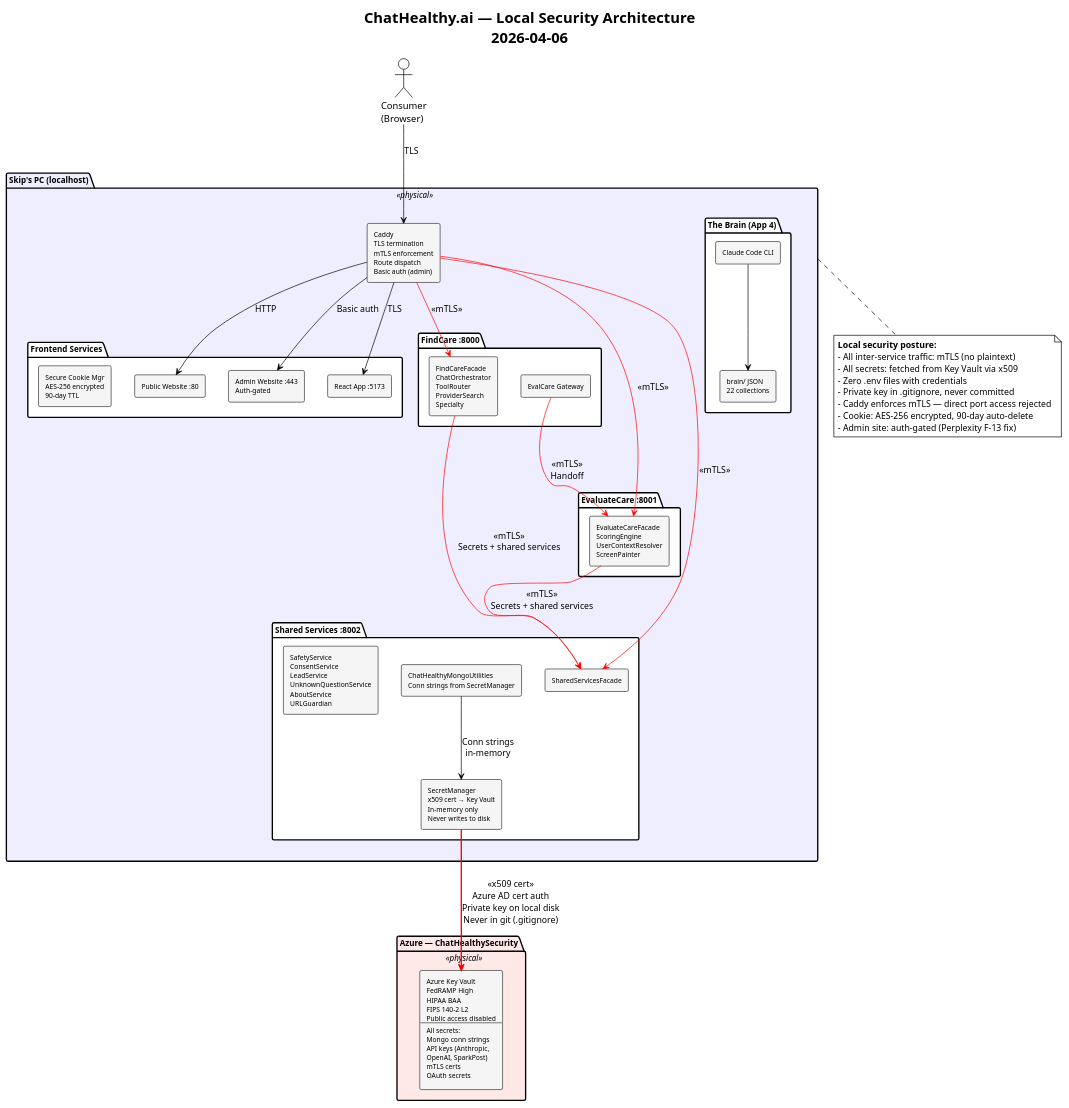
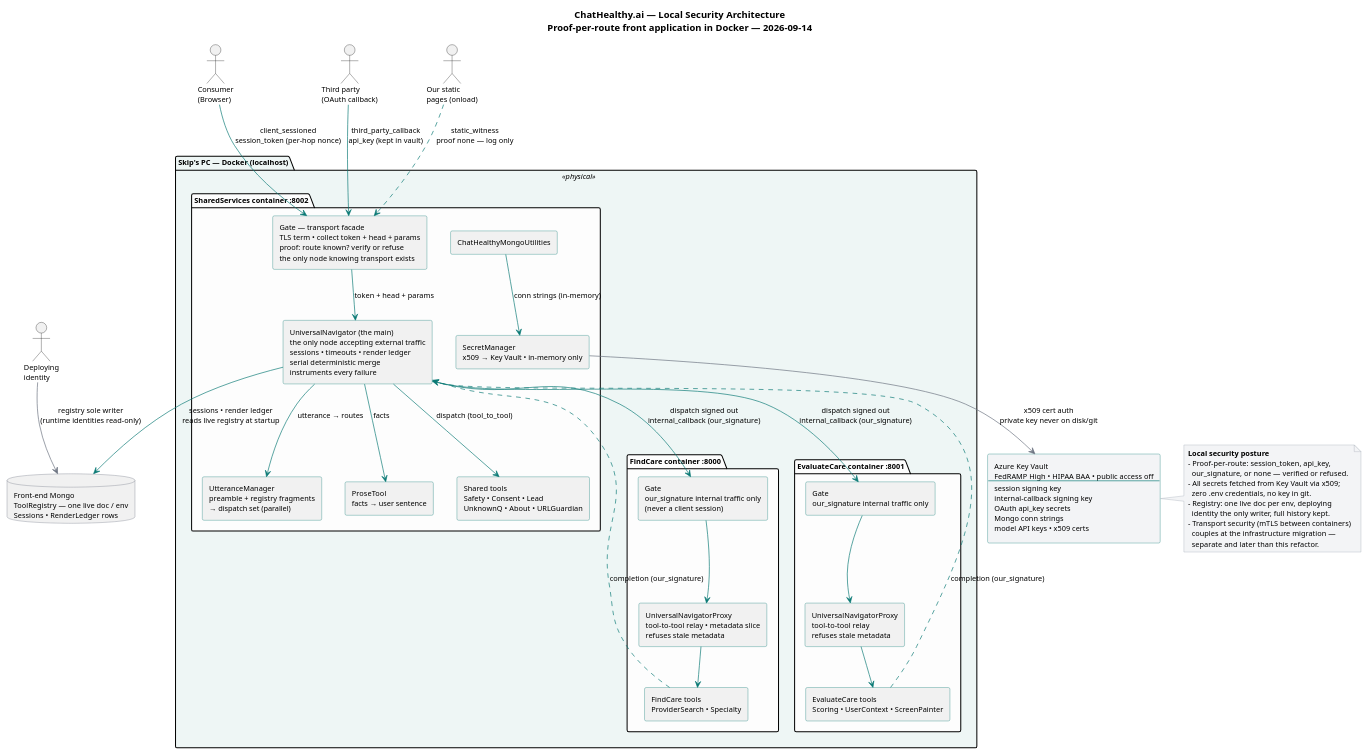
Before and after one commit to SkipSnow/ChatHealthyRepo: the diagram in brain/machine_artifacts/diagramsAndImages/sources/security_architecture_local.puml, drawn with PlantUML. The commit also changed 96 other files, not shown here.

```diff
--- a/brain/machine_artifacts/diagramsAndImages/sources/security_architecture_local.puml
+++ b/brain/machine_artifacts/diagramsAndImages/sources/security_architecture_local.puml
@@ -1,87 +1,90 @@
-@startuml Security_Architecture_Local
-!theme plain
-title ChatHealthy.ai — Local Security Architecture\n2026-04-06
+@startuml
+skinparam componentStyle rectangle
+skinparam shadowing false
+skinparam defaultFontName Segoe UI
+skinparam defaultFontSize 11
+skinparam ArrowColor #0b7a75
+skinparam ComponentBorderColor #0b7a75
+skinparam DatabaseBorderColor #6b7280
+skinparam NoteBackgroundColor #f3f4f6
+skinparam NoteBorderColor #9ca3af
 
-skinparam componentStyle rectangle
-skinparam backgroundColor white
-skinparam component {
-  BackgroundColor #F5F5F5
-  BorderColor #333333
-  FontSize 10
-}
-skinparam package {
-  FontSize 12
-  BorderThickness 2
-}
+title ChatHealthy.ai — Local Security Architecture\nProof-per-route front application in Docker — 2026-09-14
 
+' ── the five incoming call types originate outside the host ──
 actor "Consumer\n(Browser)" as user
+actor "Third party\n(OAuth callback)" as third
+actor "Our static\npages (onload)" as static
 
-package "Skip's PC (localhost)" as env_local <<physical>> #EEEEFF {
+package "Skip's PC — Docker (localhost)" as host <<physical>> #eef6f5 {
 
-  component [Caddy\nTLS termination\nmTLS enforcement\nRoute dispatch\nBasic auth (admin)] as caddy
-
-  package "Frontend Services" as local_fe {
-    component [Public Website :80] as website
-    component [Admin Website :443\nAuth-gated] as admin
-    component [React App :5173] as react
-    component [Secure Cookie Mgr\nAES-256 encrypted\n90-day TTL] as cookie
+  package "SharedServices container :8002" as c_ss #fdfdfd {
+    component [Gate — transport facade\nTLS term • collect token + head + params\nproof: route known? verify or refuse\nthe only node knowing transport exists] as gate_ss
+    component [UniversalNavigator (the main)\nthe only node accepting external traffic\nsessions • timeouts • render ledger\nserial deterministic merge\ninstruments every failure] as nav
+    component [UtteranceManager\npreamble + registry fragments\n→ dispatch set (parallel)] as um
+    component [ProseTool\nfacts → user sentence] as prose
+    component [Shared tools\nSafety • Consent • Lead\nUnknownQ • About • URLGuardian] as shared
+    component [SecretManager\nx509 → Key Vault • in-memory only] as secrets
+    component [ChatHealthyMongoUtilities] as mongo_util
   }
 
-  package "FindCare :8000" as local_fc {
-    component [FindCareFacade\nChatOrchestrator\nToolRouter\nProviderSearch\nSpecialty] as fc
-    component [EvalCare Gateway] as fc_gw
+  package "FindCare container :8000" as c_fc #fdfdfd {
+    component [Gate\nour_signature internal traffic only\n(never a client session)] as gate_fc
+    component [UniversalNavigatorProxy\ntool-to-tool relay • metadata slice\nrefuses stale metadata] as proxy_fc
+    component [FindCare tools\nProviderSearch • Specialty] as fc_tools
   }
 
-  package "EvaluateCare :8001" as local_ec {
-    component [EvaluateCareFacade\nScoringEngine\nUserContextResolver\nScreenPainter] as ec
-  }
-
-  package "Shared Services :8002" as local_ss {
-    component [SharedServicesFacade] as ss
-    component [SecretManager\nx509 cert → Key Vault\nIn-memory only\nNever writes to disk] as secrets
-    component [ChatHealthyMongoUtilities\nConn strings from SecretManager] as mongo_util
-    component [SafetyService\nConsentService\nLeadService\nUnknownQuestionService\nAboutService\nURLGuardian] as shared_svcs
-  }
-
-  package "The Brain (App 4)" as local_brain {
-    component [Claude Code CLI] as claude
-    component [brain/ JSON\n22 collections] as brain
+  package "EvaluateCare container :8001" as c_ec #fdfdfd {
+    component [Gate\nour_signature internal traffic only] as gate_ec
+    component [UniversalNavigatorProxy\ntool-to-tool relay\nrefuses stale metadata] as proxy_ec
+    component [EvaluateCare tools\nScoring • UserContext • ScreenPainter] as ec_tools
   }
 }
 
-package "Azure — ChatHealthySecurity" as env_sec <<physical>> #FFE8E8 {
-  component [Azure Key Vault\nFedRAMP High\nHIPAA BAA\nFIPS 140-2 L2\nPublic access disabled\n---\nAll secrets:\nMongo conn strings\nAPI keys (Anthropic,\nOpenAI, SparkPost)\nmTLS certs\nOAuth secrets] as kv
-}
+database "Front-end Mongo\nToolRegistry — one live doc / env\nSessions • RenderLedger rows" as mongo
+component [Azure Key Vault\nFedRAMP High • HIPAA BAA • public access off\n----\nsession signing key\ninternal-callback signing key\nOAuth api_key secrets\nMongo conn strings\nmodel API keys • x509 certs] as kv #f3f4f6
+actor "Deploying\nidentity" as deployer
 
-' ── Security flows ──
+' ── incoming external calls: each proven at the gate ──
+user   --> gate_ss : client_sessioned\nsession_token (per-hop nonce)
+third  --> gate_ss : third_party_callback\napi_key (kept in vault)
+static ..> gate_ss : static_witness\nproof none — log only
 
-user --> caddy : "TLS"
-caddy --> website : "HTTP"
-caddy --> admin : "Basic auth"
-caddy --> react : "TLS"
-caddy -[#red]-> fc : "<<mTLS>>"
-caddy -[#red]-> ec : "<<mTLS>>"
-caddy -[#red]-> ss : "<<mTLS>>"
+gate_ss --> nav : token + head + params
 
-fc -[#red]-> ss : "<<mTLS>>\nSecrets + shared services"
-ec -[#red]-> ss : "<<mTLS>>\nSecrets + shared services"
-fc_gw -[#red]-> ec : "<<mTLS>>\nHandoff"
+' ── the main reads the map and drives the route ──
+nav --> um : utterance → routes
+nav --> prose : facts
+nav --> shared : dispatch (tool_to_tool)
 
-secrets -[#red,bold]-> kv : "<<x509 cert>>\nAzure AD cert auth\nPrivate key on local disk\nNever in git (.gitignore)"
+' ── cross the wire to a satellite: signed out, signed back ──
+nav --> gate_fc : dispatch signed out\ninternal_callback (our_signature)
+gate_fc --> proxy_fc
+proxy_fc --> fc_tools
+fc_tools ..> nav : completion (our_signature)
 
-mongo_util --> secrets : "Conn strings\nin-memory"
+nav --> gate_ec : dispatch signed out\ninternal_callback (our_signature)
+gate_ec --> proxy_ec
+proxy_ec --> ec_tools
+ec_tools ..> nav : completion (our_signature)
 
-claude --> brain
+' ── state, secrets, and registry write governance ──
+nav --> mongo : sessions • render ledger\nreads live registry at startup
+mongo_util --> secrets : conn strings (in-memory)
+secrets   -[#6b7280]-> kv : x509 cert auth\nprivate key never on disk/git
+deployer  -[#6b7280]-> mongo : registry sole writer\n(runtime identities read-only)
 
-note bottom of env_local
-  **Local security posture:**
-  - All inter-service traffic: mTLS (no plaintext)
-  - All secrets: fetched from Key Vault via x509
-  - Zero .env files with credentials
-  - Private key in .gitignore, never committed
-  - Caddy enforces mTLS — direct port access rejected
-  - Cookie: AES-256 encrypted, 90-day auto-delete
-  - Admin site: auth-gated (Perplexity F-13 fix)
+note right of kv
+  **Local security posture**
+  - Proof-per-route: session_token, api_key,
+    our_signature, or none — verified or refused.
+  - All secrets fetched from Key Vault via x509;
+    zero .env credentials, no key in git.
+  - Registry: one live doc per env, deploying
+    identity the only writer, full history kept.
+  - Transport security (mTLS between containers)
+    couples at the infrastructure migration —
+    separate and later than this refactor.
 end note
 
 @enduml
```
